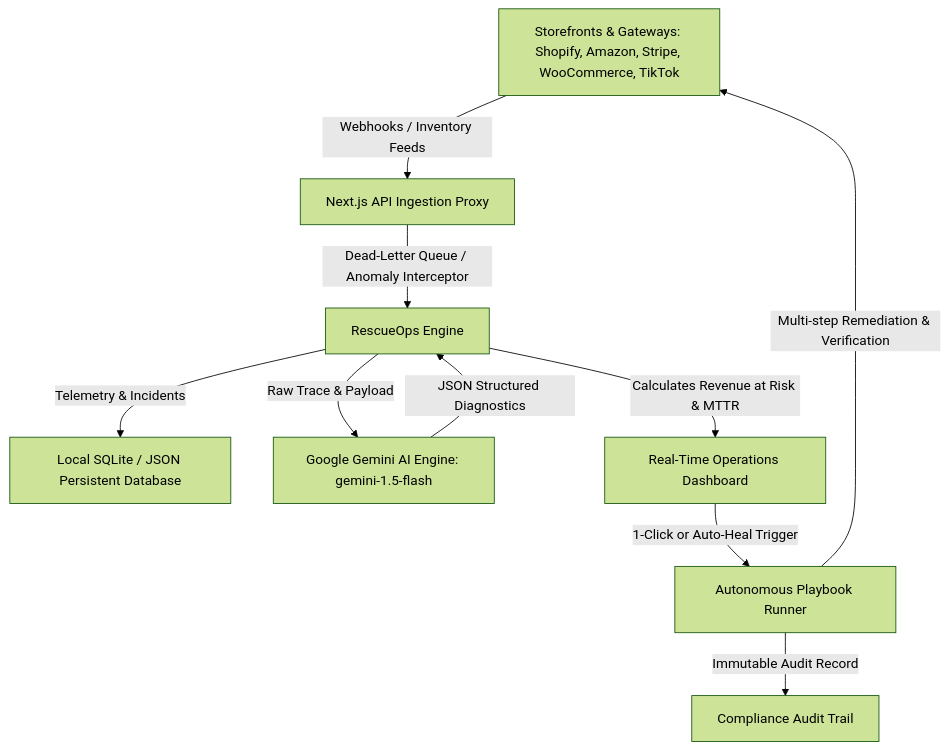
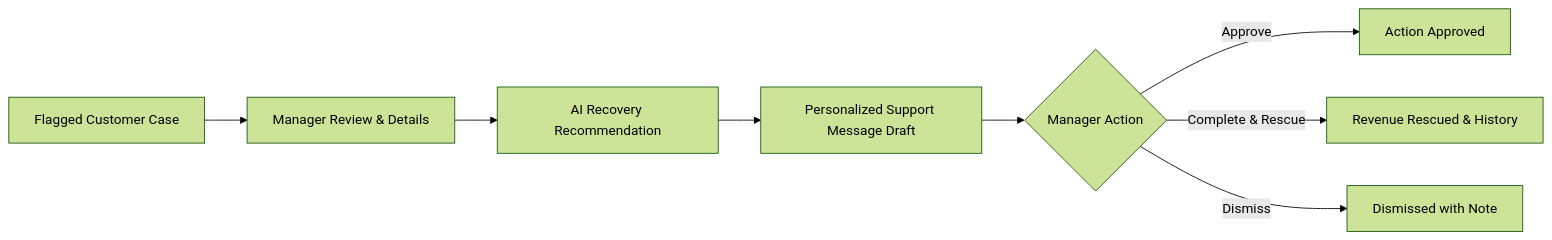
One commit to saniksha-09/shopsync-rescueops changed the diagram in README.md. Above: the diagram before and after it, drawn with Mermaid (forest theme). The commit also changed other lines of this file and 29 other files, not shown here.

Commit message:
feat: streamline customer risk & recovery workflow, remove clutter, and add manager action controls

````diff
--- a/README.md
+++ b/README.md
@@ -42,12 +26,10 @@
 ```mermaid
-graph TD
-    A[Storefronts & Gateways: Shopify, Amazon, Stripe, WooCommerce, TikTok] -->|Webhooks / Inventory Feeds| B[Next.js API Ingestion Proxy]
-    B -->|Dead-Letter Queue / Anomaly Interceptor| C[RescueOps Engine]
-    C -->|Telemetry & Incidents| D[Local SQLite / JSON Persistent Database]
-    C -->|Raw Trace & Payload| E[Google Gemini AI Engine: gemini-1.5-flash]
-    E -->|JSON Structured Diagnostics| C
-    C -->|Calculates Revenue at Risk & MTTR| F[Real-Time Operations Dashboard]
-    F -->|1-Click or Auto-Heal Trigger| G[Autonomous Playbook Runner]
-    G -->|Multi-step Remediation & Verification| A
-    G -->|Immutable Audit Record| H[Compliance Audit Trail]
+graph LR
+    A[Flagged Customer Case] --> B[Manager Review & Details]
+    B --> C[AI Recovery Recommendation]
+    C --> D[Personalized Support Message Draft]
+    D --> E{Manager Action}
+    E -->|Approve| F[Action Approved]
+    E -->|Complete & Rescue| G[Revenue Rescued & History]
+    E -->|Dismiss| H[Dismissed with Note]
 ```
````
